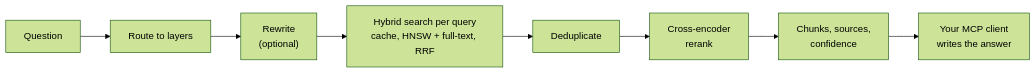
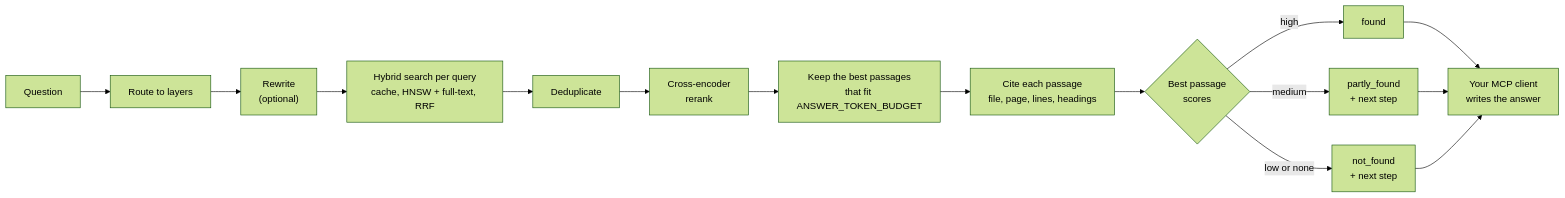
Before and after one commit to boudou/StrataKB: the fifth of 12 diagrams in README.md, drawn with Mermaid (forest theme). The commit also changed other lines of this file and 13 other files, not shown here.

````diff
--- a/README.md
+++ b/README.md
@@ -155,6 +155,10 @@
 ```mermaid
 flowchart LR
     q["Question"] --> r["Route to layers"] --> rw["Rewrite<br/>(optional)"] --> h["Hybrid search per query<br/>cache, HNSW + full-text, RRF"]
-    h --> d["Deduplicate"] --> rr["Cross-encoder<br/>rerank"] --> o["Chunks, sources,<br/>confidence"]
-    o --> a["Your MCP client<br/>writes the answer"]
+    h --> d["Deduplicate"] --> rr["Cross-encoder<br/>rerank"] --> b["Keep the best passages<br/>that fit ANSWER_TOKEN_BUDGET"]
+    b --> c["Cite each passage<br/>file, page, lines, headings"] --> o{"Best passage<br/>scores"}
+    o -->|"high"| f["found"]
+    o -->|"medium"| pf["partly_found<br/>+ next step"]
+    o -->|"low or none"| nf["not_found<br/>+ next step"]
+    f & pf & nf --> a["Your MCP client<br/>writes the answer"]
 ```
````
